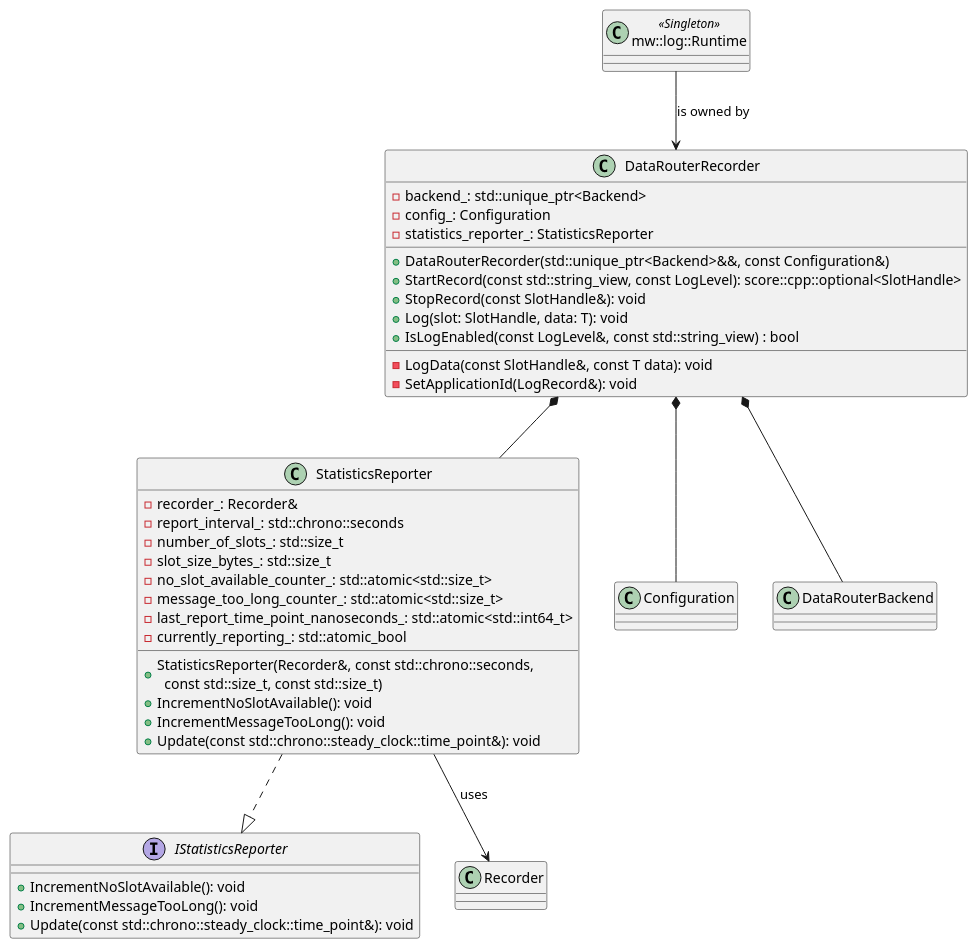
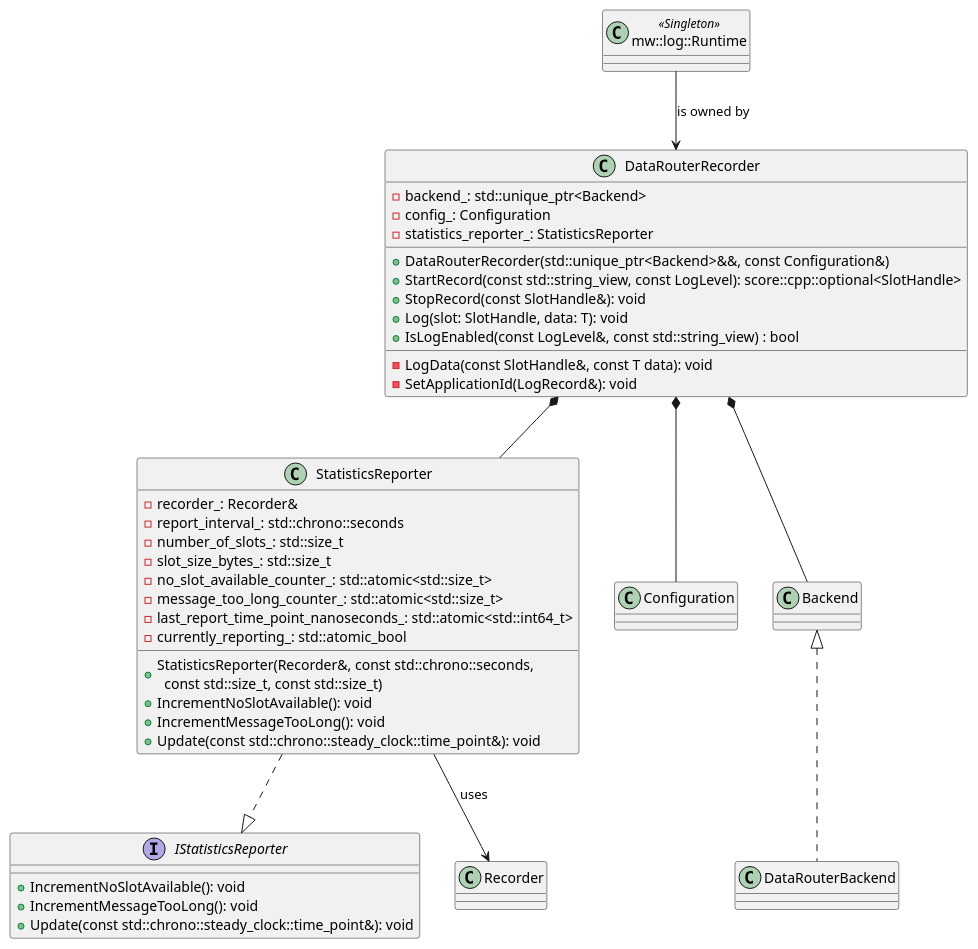
The diagram in docs/components/mw_log/detailed_design/_assets/mw_log_datarouter_recorder.puml (eclipse-score/logging), drawn with PlantUML before and after one commit. The commit also changed 10 other files, not shown here.

```diff
--- a/docs/components/mw_log/detailed_design/_assets/mw_log_datarouter_recorder.puml
+++ b/docs/components/mw_log/detailed_design/_assets/mw_log_datarouter_recorder.puml
@@ -14,60 +14,64 @@
 @startuml mw_log_datarouter_recorder
 
 class "DataRouterRecorder" as DataRouterRecorder {
   - backend_: std::unique_ptr<Backend>
   - config_: Configuration
   - statistics_reporter_: StatisticsReporter
   __
   + DataRouterRecorder(std::unique_ptr<Backend>&&, const Configuration&)
   + StartRecord(const std::string_view, const LogLevel): score::cpp::optional<SlotHandle>
   + StopRecord(const SlotHandle&): void
   + Log(slot: SlotHandle, data: T): void
   + IsLogEnabled(const LogLevel&, const std::string_view) : bool
   __
   - LogData(const SlotHandle&, const T data): void
   - SetApplicationId(LogRecord&): void
 }
 
 class "StatisticsReporter" as StatisticsReporter {
   - recorder_: Recorder&
   - report_interval_: std::chrono::seconds
   - number_of_slots_: std::size_t
   - slot_size_bytes_: std::size_t
   - no_slot_available_counter_: std::atomic<std::size_t>
   - message_too_long_counter_: std::atomic<std::size_t>
   - last_report_time_point_nanoseconds_: std::atomic<std::int64_t>
   - currently_reporting_: std::atomic_bool
   __
   + StatisticsReporter(Recorder&, const std::chrono::seconds,\n  const std::size_t, const std::size_t)
   + IncrementNoSlotAvailable(): void
   + IncrementMessageTooLong(): void
   + Update(const std::chrono::steady_clock::time_point&): void
 }
 
 interface "IStatisticsReporter" as IStatisticsReporter {
   + IncrementNoSlotAvailable(): void
   + IncrementMessageTooLong(): void
   + Update(const std::chrono::steady_clock::time_point&): void
 }
 
 class "Configuration" as Configuration {
 }
 
+class "Backend" as Backend {
+}
+
 class "DataRouterBackend" as DataRouterBackend {
 }
 
 class "Recorder" as Recorder {
 }
 
 class "mw::log::Runtime" as Runtime <<Singleton>> {
 }
 
 ' Relationships
 Runtime --> DataRouterRecorder : is owned by
 DataRouterRecorder *-- StatisticsReporter
 DataRouterRecorder *-- Configuration
-DataRouterRecorder *-- DataRouterBackend
+DataRouterRecorder *-- Backend
+Backend <|.. DataRouterBackend
 StatisticsReporter ..|> IStatisticsReporter
 StatisticsReporter --> Recorder : uses
 
 @enduml
```
